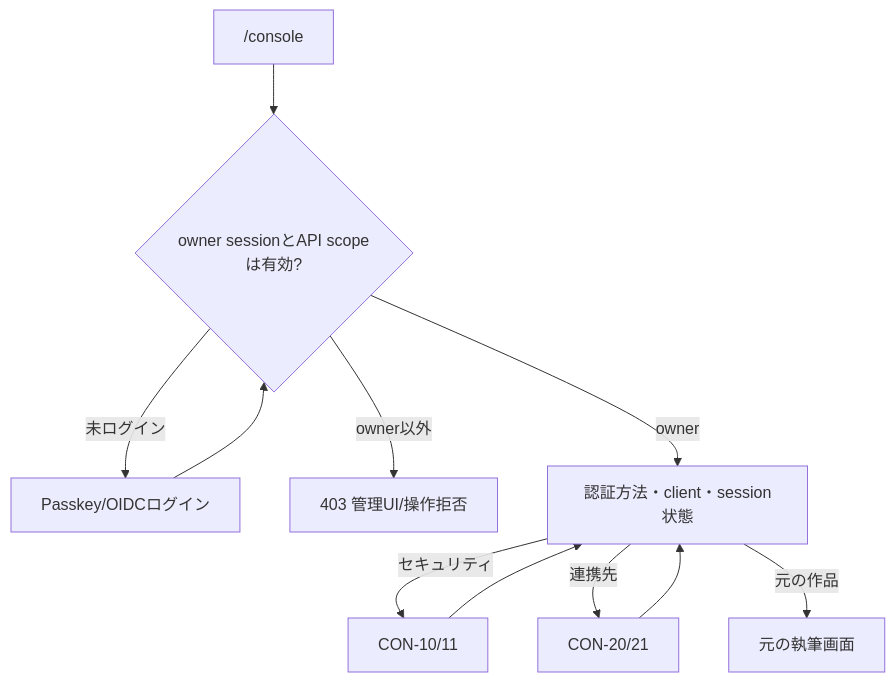
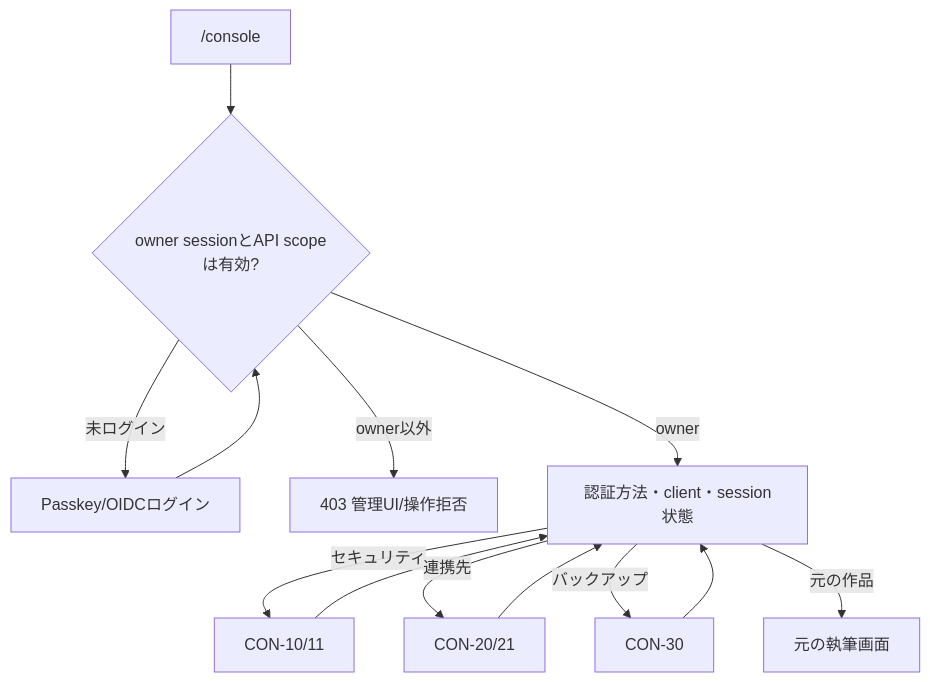
Diagram 18 of 27 in docs/design/SCREEN-STATE-ATLAS.md (yohn-jp/codexia), drawn with Mermaid before and after one commit. The commit also changed other lines of this file, not shown here.

Commit message:
docs: specify backup console state machines and diagrams

````diff
--- a/docs/design/SCREEN-STATE-ATLAS.md
+++ b/docs/design/SCREEN-STATE-ATLAS.md
@@ -309,13 +309,15 @@
 ```mermaid
 flowchart TD
     ENTRY["/console"] --> SESSION{"owner sessionとAPI scopeは有効?"}
     SESSION -->|未ログイン| LOGIN["Passkey/OIDCログイン"]
     SESSION -->|owner以外| DENY["403 管理UI/操作拒否"]
     LOGIN --> SESSION
     SESSION -->|owner| HOME["認証方法・client・session状態"]
     HOME -->|セキュリティ| SECURITY["CON-10/11"]
     HOME -->|連携先| IDENTITY["CON-20/21"]
+    HOME -->|バックアップ| BACKUPS["CON-30"]
+    BACKUPS --> HOME
     HOME -->|元の作品| AUTHOR["元の執筆画面"]
     SECURITY --> HOME
     IDENTITY --> HOME
 ```
````
